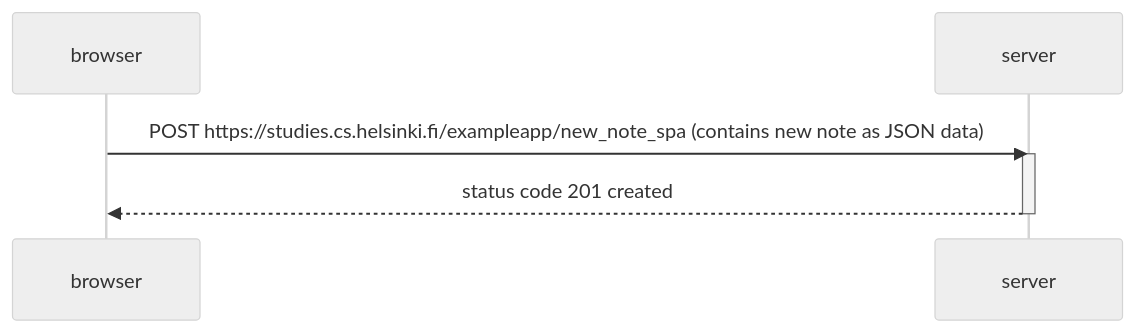
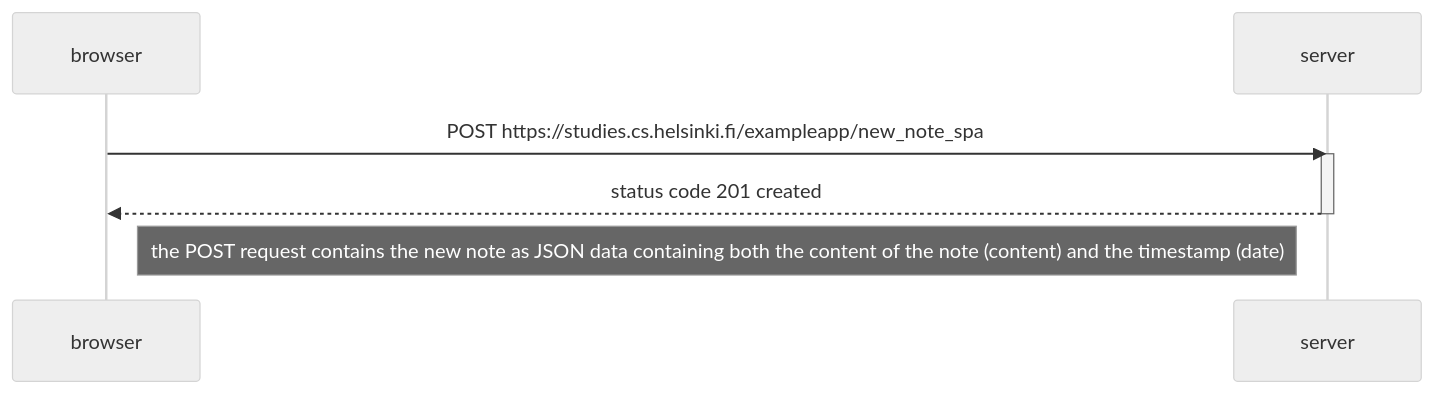
One commit to mehakkd/fullstack-course changed the diagram in part0/0.6.md. Above: the diagram before and after it, drawn with Mermaid (neutral theme).

Commit message:
Update 0.6.md added note

````diff
--- a/part0/0.6.md
+++ b/part0/0.6.md
@@ -1,12 +1,14 @@
 ```mermaid
 
 sequenceDiagram
   participant browser
   participant server
 
-  browser->>server: POST https://studies.cs.helsinki.fi/exampleapp/new_note_spa (contains new note as JSON data)
+  browser->>server: POST https://studies.cs.helsinki.fi/exampleapp/new_note_spa
   activate server
   server-->>browser: status code 201 created
   deactivate server
+  
+  Note right of browser: the POST request contains the new note as JSON data containing both the content of the note (content) and the timestamp (date)
 
 ```
````
